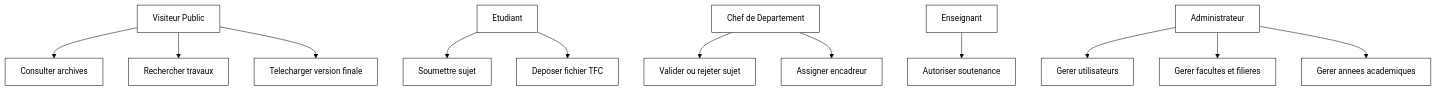
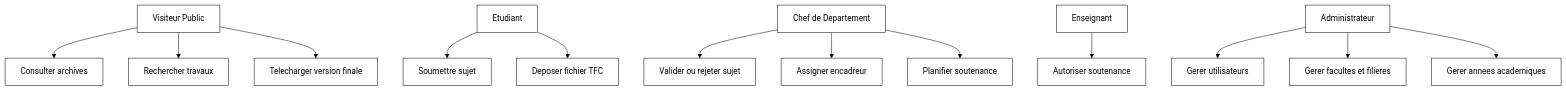
The first of 13 diagrams in DIAGRAMMES-PAR-CHAPITRE-NB.md (DavidMwangaza/TFC-Manager), drawn with Mermaid before and after one commit. The commit also changed other lines of this file and 34 other files, not shown here.

````diff
--- a/DIAGRAMMES-PAR-CHAPITRE-NB.md
+++ b/DIAGRAMMES-PAR-CHAPITRE-NB.md
@@ -10,37 +10,39 @@
 ```mermaid
 %%{init: {'theme':'base','themeVariables': {'background':'#ffffff','primaryColor':'#ffffff','secondaryColor':'#ffffff','tertiaryColor':'#ffffff','primaryBorderColor':'#000000','secondaryBorderColor':'#000000','tertiaryBorderColor':'#000000','lineColor':'#000000','textColor':'#000000','primaryTextColor':'#000000','secondaryTextColor':'#000000','tertiaryTextColor':'#000000','noteBorderColor':'#000000','noteBkgColor':'#ffffff'}}}%%
 graph TB
     Visiteur[Visiteur Public]
     Etudiant[Etudiant]
     ChefDept[Chef de Departement]
     Enseignant[Enseignant]
     Admin[Administrateur]
 
     UC1[Consulter archives]
     UC2[Rechercher travaux]
     UC3[Telecharger version finale]
     UC4[Soumettre sujet]
     UC5[Deposer fichier TFC]
     UC6[Valider ou rejeter sujet]
     UC7[Assigner encadreur]
     UC8[Autoriser soutenance]
     UC9[Gerer utilisateurs]
     UC10[Gerer facultes et filieres]
     UC11[Gerer annees academiques]
+    UC12[Planifier soutenance]
 
     Visiteur --> UC1
     Visiteur --> UC2
     Visiteur --> UC3
 
     Etudiant --> UC4
     Etudiant --> UC5
 
     ChefDept --> UC6
     ChefDept --> UC7
+    ChefDept --> UC12
 
     Enseignant --> UC8
 
     Admin --> UC9
     Admin --> UC10
     Admin --> UC11
 ```
````
